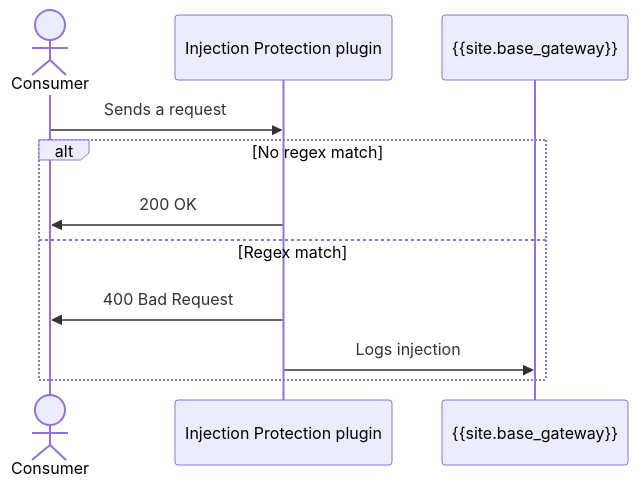
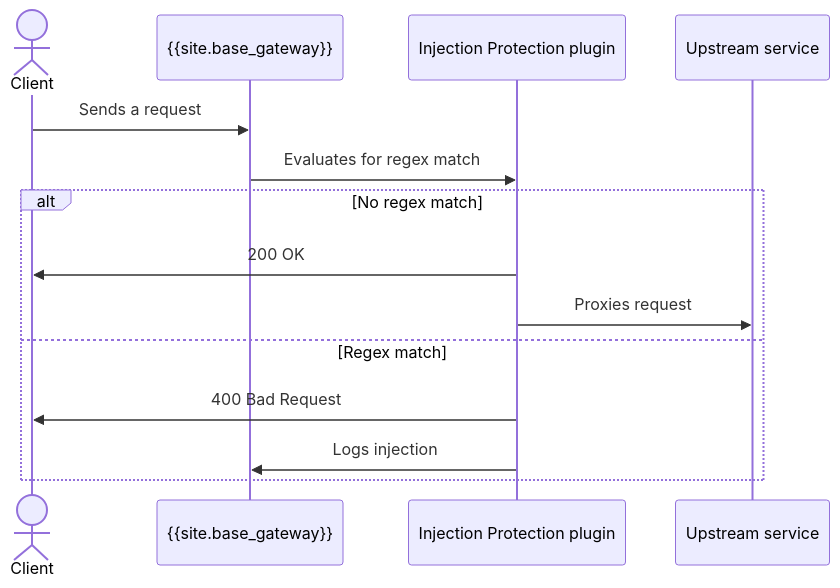
One commit to Kong/developer.konghq.com changed the diagram in app/_kong_plugins/injection-protection/index.md. Above: the diagram before and after it, drawn with Mermaid.

Commit message:
flip order of plugin and kong in diagram; added upstream service and changed consumer to client for consistency

```diff
--- a/app/_kong_plugins/injection-protection/index.md
+++ b/app/_kong_plugins/injection-protection/index.md
@@ -63,14 +63,18 @@
 {% mermaid %}
 sequenceDiagram
-    actor Consumer
-    participant Injection Protection plugin
-    participant {{site.base_gateway}}
-    Consumer->>Injection Protection plugin: Sends a request
+    actor Client
+    participant Kong as {{site.base_gateway}}
+    participant Plugin as Injection Protection plugin
+    participant Upstream as Upstream service
+
+    Client->>Kong: Sends a request
+    Kong->>Plugin: Evaluates for regex match
 
     alt No regex match
-        Injection Protection plugin->>Consumer: 200 OK
+        Plugin->>Client: 200 OK
+        Plugin->>Upstream: Proxies request
     else Regex match
-        Injection Protection plugin->>Consumer: 400 Bad Request
-        Injection Protection plugin->>{{site.base_gateway}}: Logs injection 
+        Plugin->>Client: 400 Bad Request
+        Plugin->>Kong: Logs injection 
     end
 {% endmermaid %}
```
